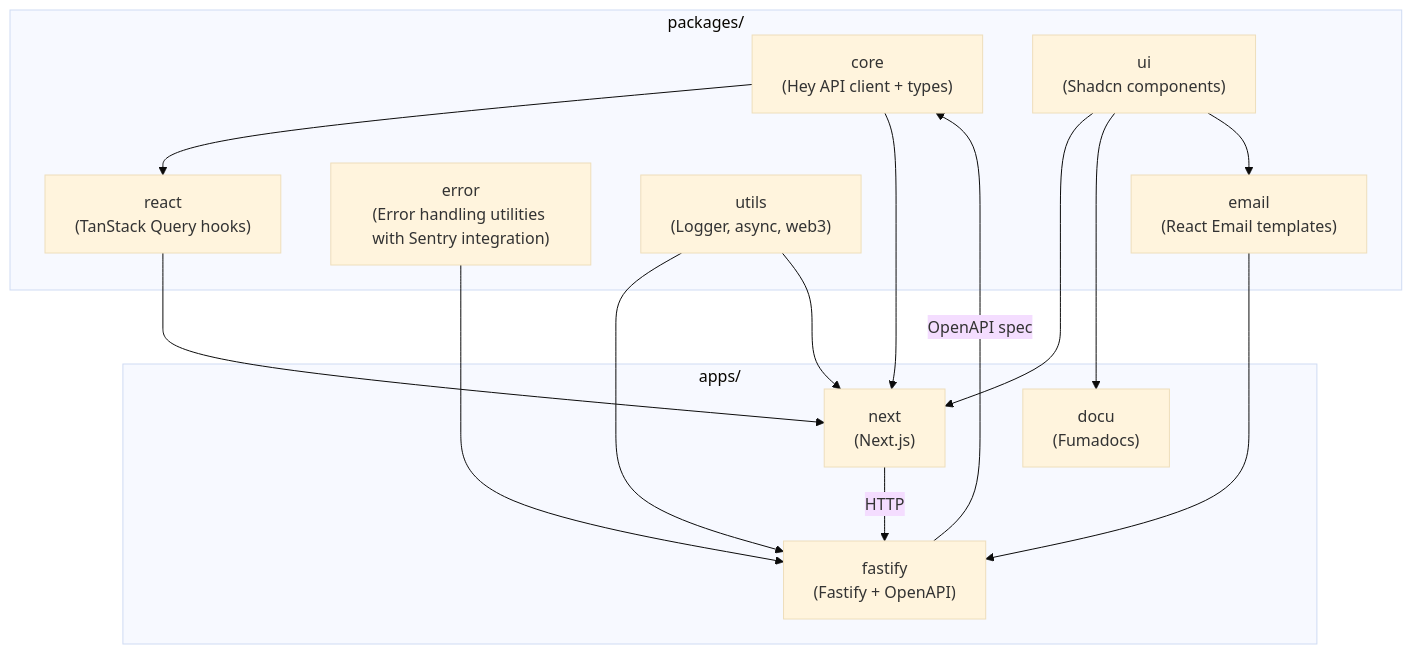
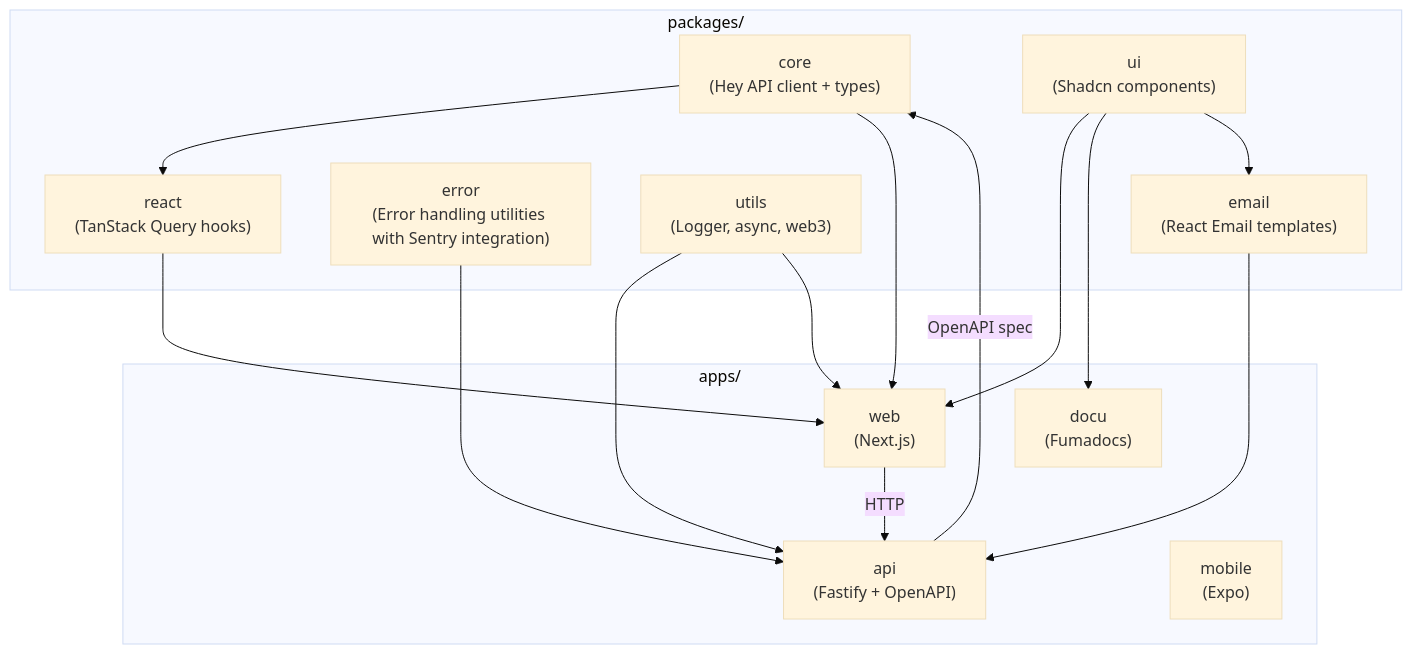
One commit to blockmatic/basilic changed the diagram in apps/docu/content/docs/architecture/monorepo.mdx. Above: the diagram before and after it, drawn with Mermaid (base theme). The commit also changed other lines of this file and 116 other files, not shown here.

First line of the commit message:
feat(mobile): add expo app with tailwind, ui tokens; fix cli api path

````diff
--- a/apps/docu/content/docs/architecture/monorepo.mdx
+++ b/apps/docu/content/docs/architecture/monorepo.mdx
@@ -28,30 +28,31 @@
 ```mermaid
 flowchart TB
   subgraph Packages["packages/"]
     Core["core<br/>(Hey API client + types)"]
     React["react<br/>(TanStack Query hooks)"]
     UI["ui<br/>(Shadcn components)"]
     Error["error<br/>(Error handling utilities with Sentry integration)"]
     Utils["utils<br/>(Logger, async, web3)"]
     Email["email<br/>(React Email templates)"]
   end
 
   subgraph Apps["apps/"]
-    Fastify["fastify<br/>(Fastify + OpenAPI)"]
-    Next["next<br/>(Next.js)"]
+    API["api<br/>(Fastify + OpenAPI)"]
+    Web["web<br/>(Next.js)"]
+    Mobile["mobile<br/>(Expo)"]
     Docu["docu<br/>(Fumadocs)"]
   end
 
-  Fastify -->|OpenAPI spec| Core
+  API -->|OpenAPI spec| Core
   Core --> React
-  React --> Next
-  Core --> Next
-  UI --> Next
+  React --> Web
+  Core --> Web
+  UI --> Web
   UI --> Docu
   UI --> Email
-  Error --> Fastify
-  Utils --> Fastify
-  Email --> Fastify
-  Utils --> Next
-  Next -->|HTTP| Fastify
+  Error --> API
+  Utils --> API
+  Email --> API
+  Utils --> Web
+  Web -->|HTTP| API
 ```
````
